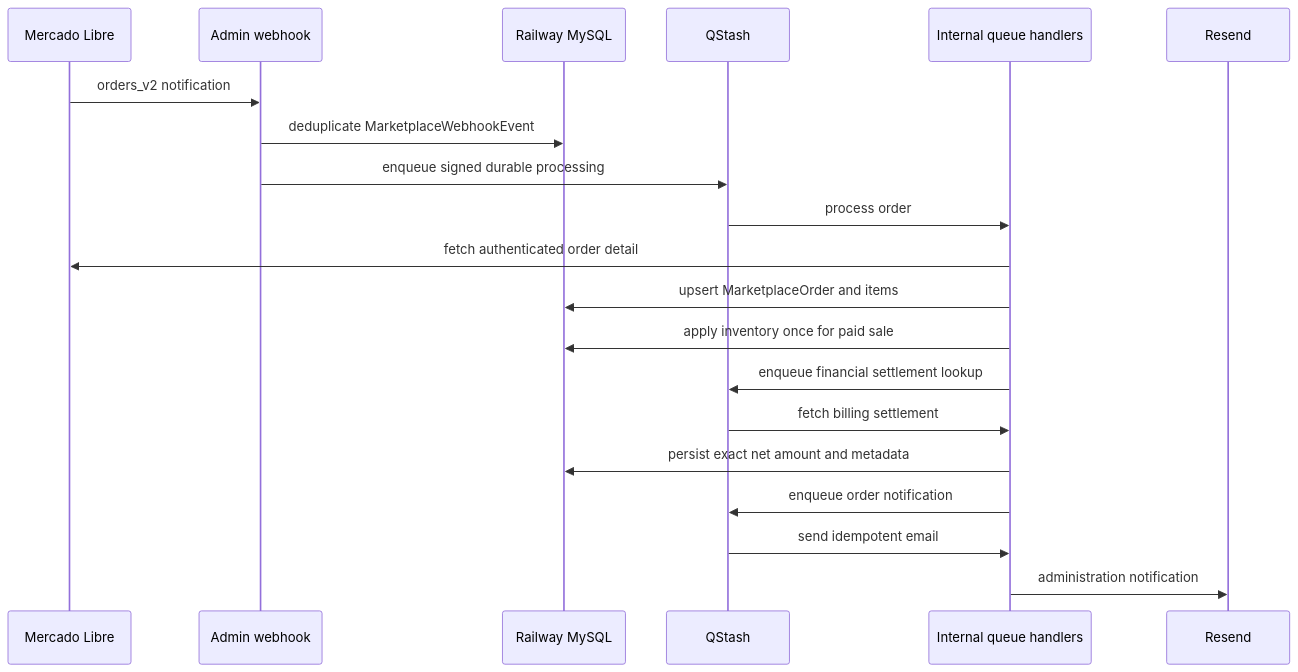
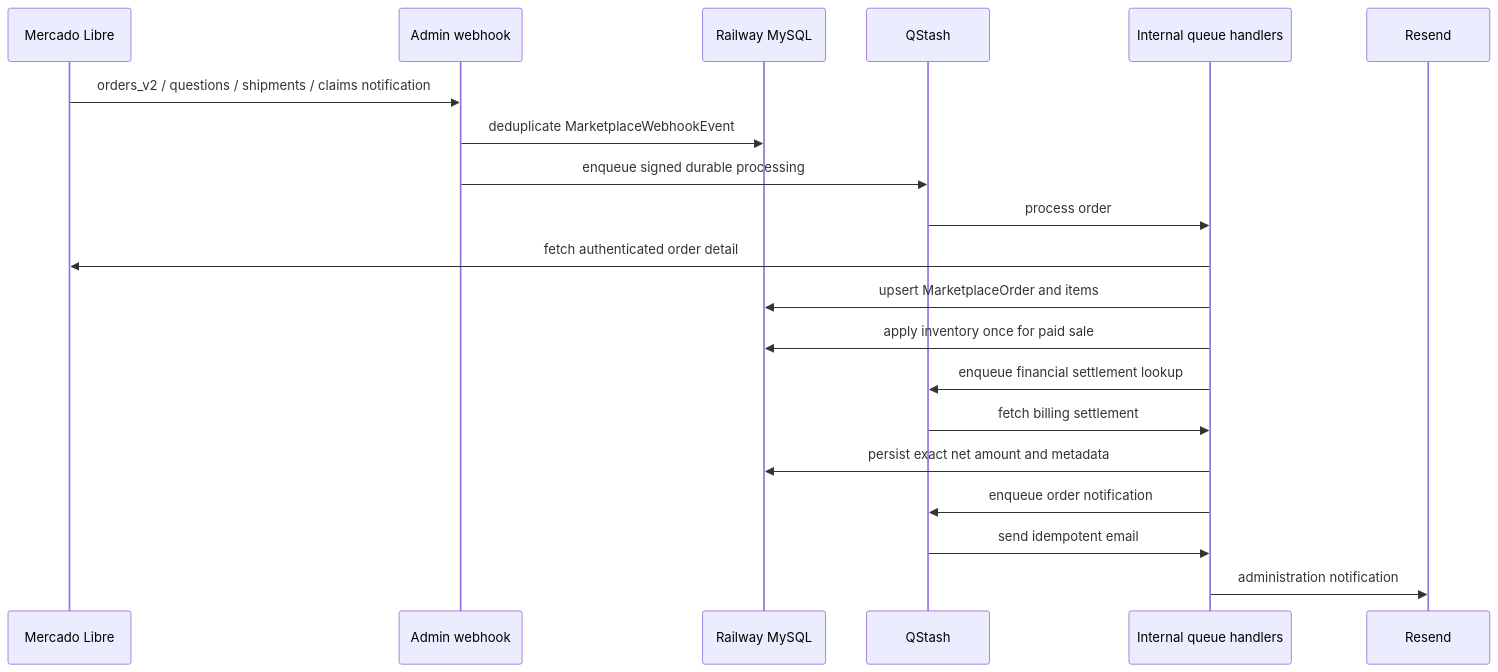
The second of 2 diagrams in docs/AI_AGENT_CONTEXT.md (chrisdev-ui/pdepapel), drawn with Mermaid before and after one commit. The commit also changed other lines of this file and 35 other files, not shown here.

````diff
--- a/docs/AI_AGENT_CONTEXT.md
+++ b/docs/AI_AGENT_CONTEXT.md
@@ -440,23 +443,23 @@
 ```mermaid
 sequenceDiagram
   participant ML as Mercado Libre
   participant WH as Admin webhook
   participant DB as Railway MySQL
   participant QS as QStash
   participant Worker as Internal queue handlers
   participant Email as Resend
 
-  ML->>WH: orders_v2 notification
+  ML->>WH: orders_v2 / questions / shipments / claims notification
   WH->>DB: deduplicate MarketplaceWebhookEvent
   WH->>QS: enqueue signed durable processing
   QS->>Worker: process order
   Worker->>ML: fetch authenticated order detail
   Worker->>DB: upsert MarketplaceOrder and items
   Worker->>DB: apply inventory once for paid sale
   Worker->>QS: enqueue financial settlement lookup
   QS->>Worker: fetch billing settlement
   Worker->>DB: persist exact net amount and metadata
   Worker->>QS: enqueue order notification
   QS->>Worker: send idempotent email
   Worker->>Email: administration notification
 ```
````
